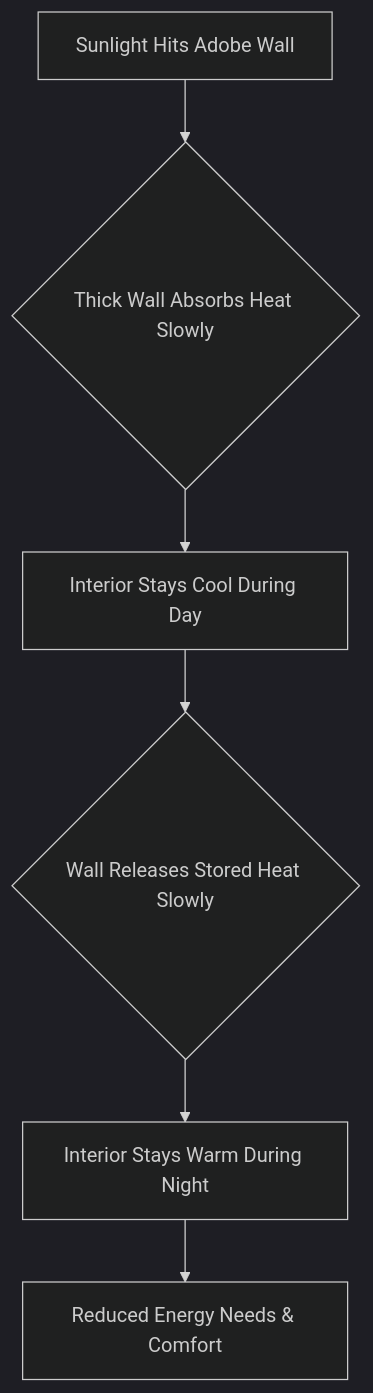
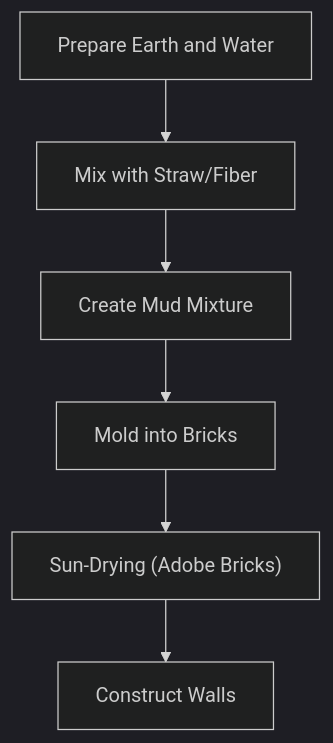
One commit to ethanpark0726/blog_automation changed the diagram in _posts/en/2026-07-08-beyond-photoshop-discovering-the-earthy-charm-of-a.md. Above: the diagram before and after it, drawn with Mermaid (dark theme). The commit also changed other lines of this file and 8 other files, not shown here.

````diff
--- a/_posts/en/2026-07-08-beyond-photoshop-discovering-the-earthy-charm-of-a.md
+++ b/_posts/en/2026-07-08-beyond-photoshop-discovering-the-earthy-charm-of-a.md
@@ -47,8 +24,8 @@
 ```mermaid
 graph TD
-    A[Sunlight Hits Adobe Wall] --> B{Thick Wall Absorbs Heat Slowly}
-    B --> C[Interior Stays Cool During Day]
-    C --> D{Wall Releases Stored Heat Slowly}
-    D --> E[Interior Stays Warm During Night]
-    E --> F[Reduced Energy Needs & Comfort]
+    A[Prepare Earth and Water] --> B[Mix with Straw/Fiber]
+    B --> C[Create Mud Mixture]
+    C --> D[Mold into Bricks]
+    D --> E["Sun-Drying (Adobe Bricks)"]
+    E --> F[Construct Walls]
 ```
````
